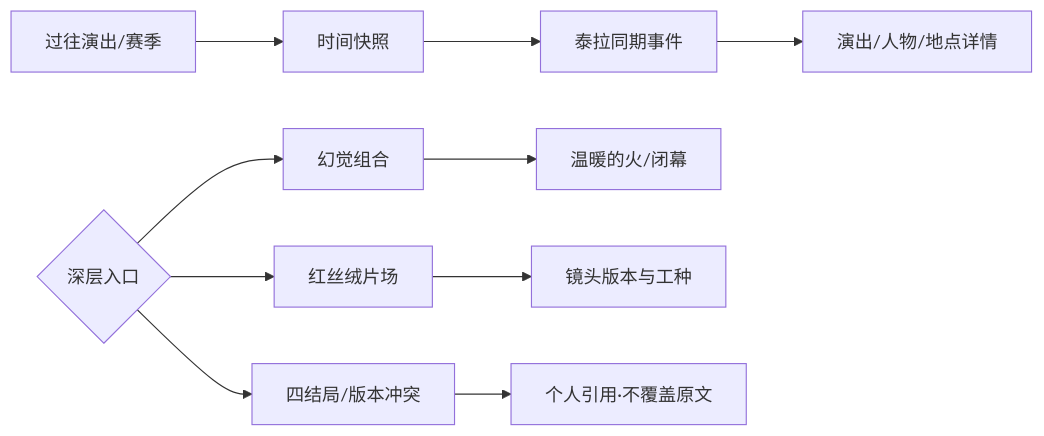
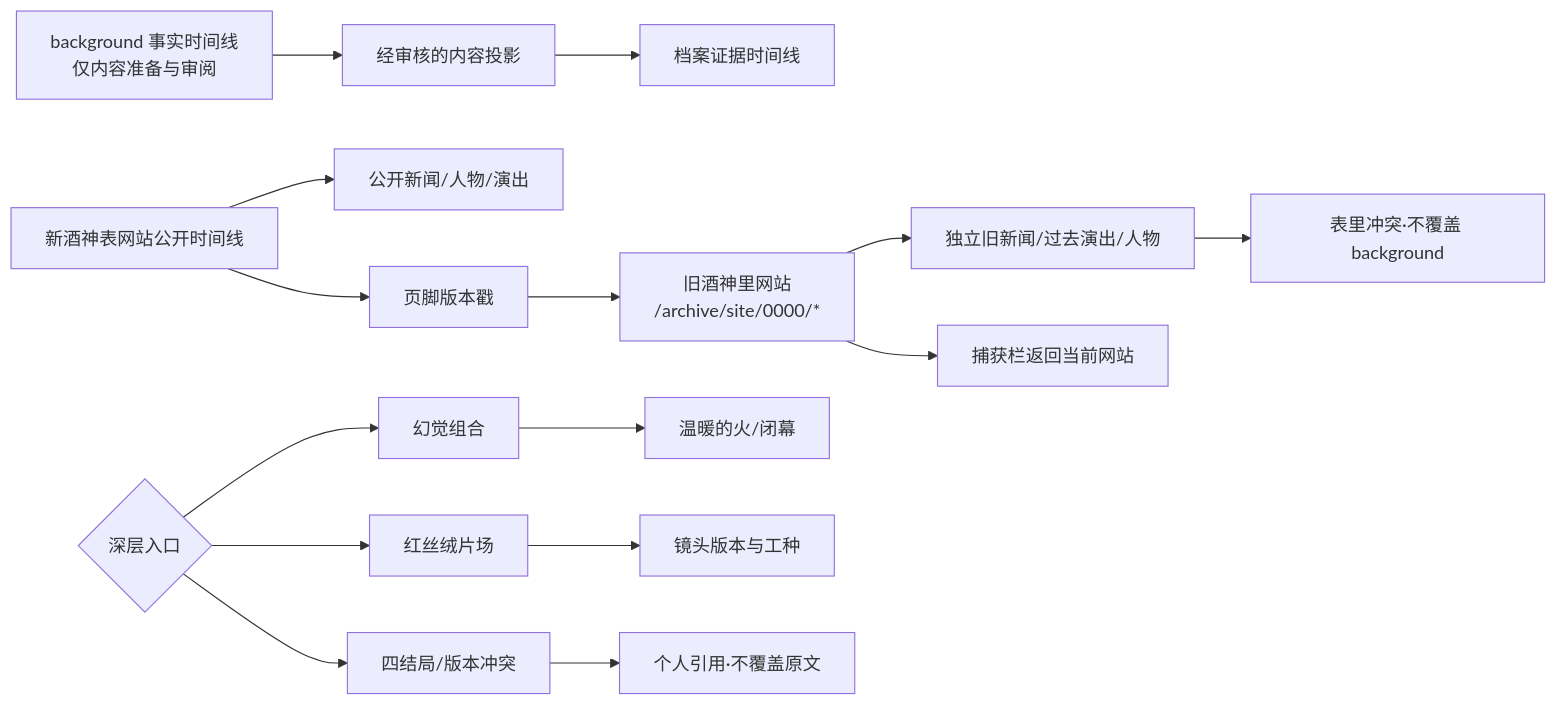
The diagram in docs/blueprint/03_journeys/maps/07_时间线与深层叙事.mmd (Selloryebir/crimson_troupe), drawn with Mermaid before and after one commit. The commit also changed 41 other files, not shown here.

```diff
--- a/docs/blueprint/03_journeys/maps/07_时间线与深层叙事.mmd
+++ b/docs/blueprint/03_journeys/maps/07_时间线与深层叙事.mmd
@@ -1,10 +1,15 @@
 flowchart LR
-  Past[过往演出/赛季] --> Snapshot[时间快照]
-  Snapshot --> Parallel[泰拉同期事件]
-  Parallel --> Item[演出/人物/地点详情]
+  Background[background 事实时间线<br/>仅内容准备与审阅] --> Curated[经审核的内容投影]
+  Curated --> Evidence[档案证据时间线]
+  Surface[新酒神表网站公开时间线] --> PublicItem[公开新闻/人物/演出]
+  Surface --> Stamp[页脚版本戳]
+  Stamp --> Inner[旧酒神里网站<br/>/archive/site/0000/*]
+  Inner --> Conflict[独立旧新闻/过去演出/人物]
+  Conflict --> Compare[表里冲突·不覆盖 background]
+  Inner --> Return[捕获栏返回当前网站]
   Deep{深层入口} --> Hallucination[幻觉组合]
   Deep --> Velvet[红丝绒片场]
   Deep --> Versions[四结局/版本冲突]
   Hallucination --> Restore[温暖的火/闭幕]
   Velvet --> Camera[镜头版本与工种]
   Versions --> Personal[个人引用·不覆盖原文]
```
